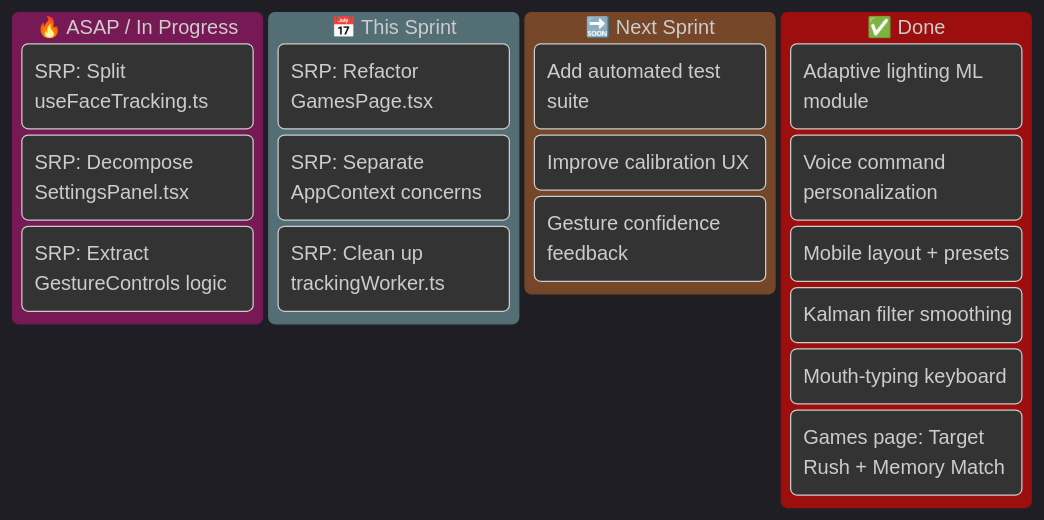
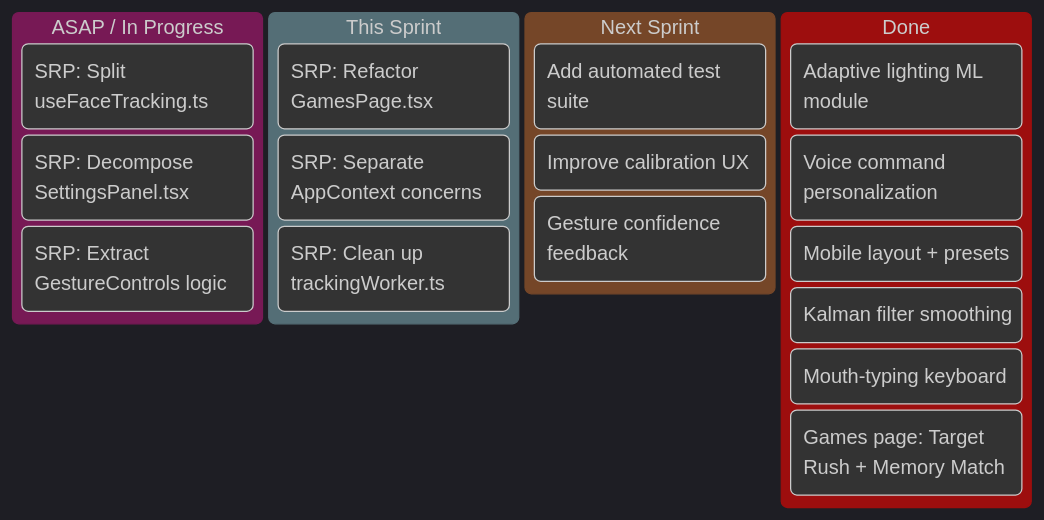
The first of 16 diagrams in docs/KANBAN_BOARD.md (aadibhat09/NodCursor), drawn with Mermaid before and after one commit. The commit also changed other lines of this file and 17 other files, not shown here.

````diff
--- a/docs/KANBAN_BOARD.md
+++ b/docs/KANBAN_BOARD.md
@@ -12,23 +12,23 @@
 ```mermaid
 %%{init: {"theme": "dark", "themeVariables": {"primaryColor": "#6366f1", "edgeLabelBackground": "#1e1e2e"}}}%%
 kanban
-  column1[🔥 ASAP / In Progress]
+  column1[ ASAP / In Progress]
     task1[SRP: Split useFaceTracking.ts]
     task2[SRP: Decompose SettingsPanel.tsx]
     task3[SRP: Extract GestureControls logic]
-  column2[📅 This Sprint]
+  column2[ This Sprint]
     task4[SRP: Refactor GamesPage.tsx]
     task5[SRP: Separate AppContext concerns]
     task6[SRP: Clean up trackingWorker.ts]
-  column3[🔜 Next Sprint]
+  column3[ Next Sprint]
     task7[Add automated test suite]
     task8[Improve calibration UX]
     task9[Gesture confidence feedback]
-  column4[✅ Done]
+  column4[ Done]
     task10[Adaptive lighting ML module]
     task11[Voice command personalization]
     task12[Mobile layout + presets]
     task13[Kalman filter smoothing]
     task14[Mouth-typing keyboard]
     task15[Games page: Target Rush + Memory Match]
 ```
````
